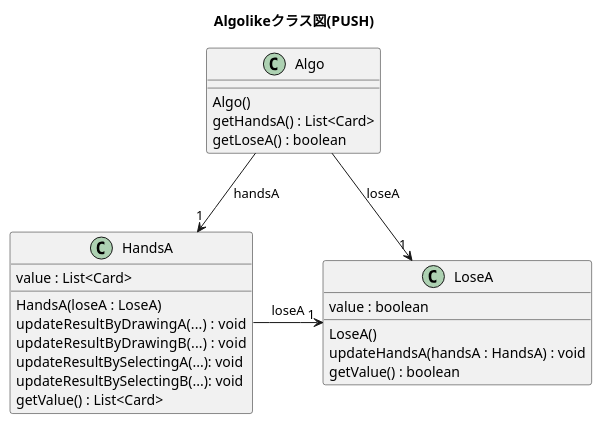
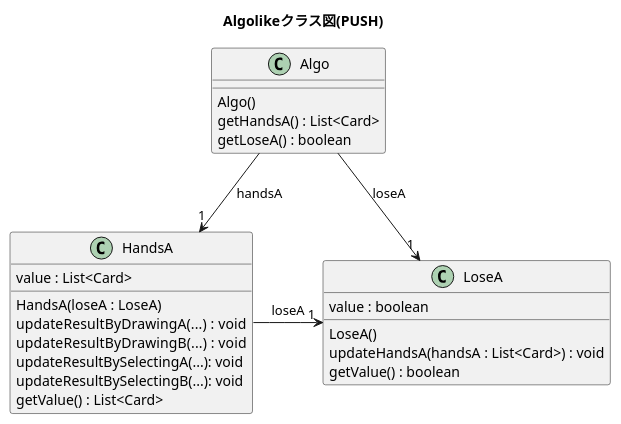
The diagram in images/algo_class_push.pu (nitta-lab/pushpullRefactoringExperiments), drawn with PlantUML before and after one commit. The commit also changed 1 other file, not shown here.

Commit message:
AlgolikeのPUSH転送のクラス図の間違いを修正．

```diff
--- a/images/algo_class_push.pu
+++ b/images/algo_class_push.pu
@@ -1,27 +1,27 @@
 @startuml
 title Algolikeクラス図(PUSH)
 class Algo{
     Algo()
     getHandsA() : List<Card> 
     getLoseA() : boolean
 }
 class HandsA{
     value : List<Card> 
     HandsA(loseA : LoseA)
     updateResultByDrawingA(...)  : void 
     updateResultByDrawingB(...)  : void 
     updateResultBySelectingA(...): void 
     updateResultBySelectingB(...): void 
     getValue() : List<Card> 
 }
 class LoseA{
     value : boolean 
     LoseA()
-    updateHandsA(handsA : HandsA) : void
+    updateHandsA(handsA : List<Card>) : void
     getValue() : boolean
 }
 Algo -->"1" HandsA :handsA
 Algo -->"1" LoseA  :loseA
 HandsA ->"1" LoseA : loseA
 
 @enduml
```
